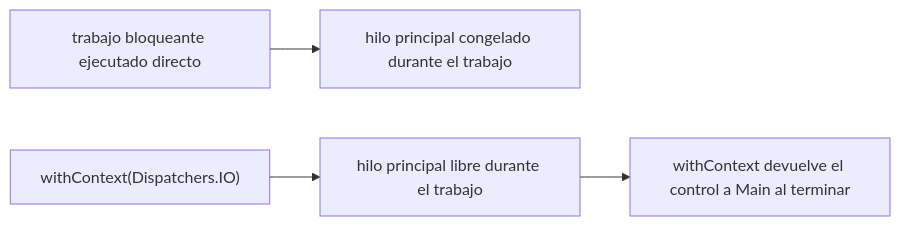
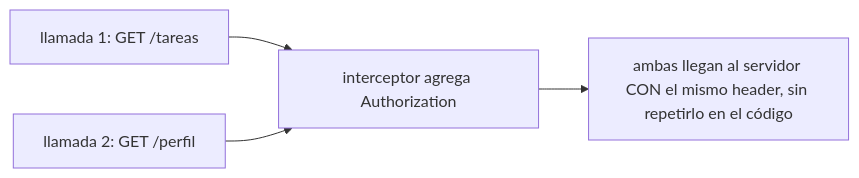
Before and after one commit to NICORUIZ93/The_Imperial_Book: the third of 3 diagrams in web/public/content/kotlin-multiplatform/modulo-2.md, drawn with Mermaid. The commit also changed other lines of this file and 305 other files, not shown here.

````diff
--- a/web/public/content/kotlin-multiplatform/modulo-2.md
+++ b/web/public/content/kotlin-multiplatform/modulo-2.md
@@ -310,6 +218,6 @@
 ```mermaid
 flowchart LR
-  A[trabajo bloqueante ejecutado directo] --> B[hilo principal congelado durante el trabajo]
-  C["withContext(Dispatchers.IO)"] --> D[hilo principal libre durante el trabajo]
-  D --> E[withContext devuelve el control a Main al terminar]
+  A[llamada 1: GET /tareas] --> B[interceptor agrega Authorization]
+  C[llamada 2: GET /perfil] --> B
+  B --> D[ambas llegan al servidor CON el mismo header, sin repetirlo en el código]
 ```
````
